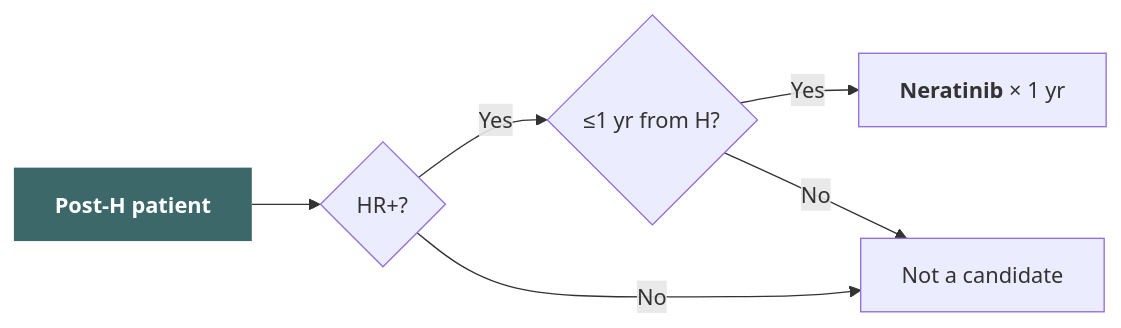
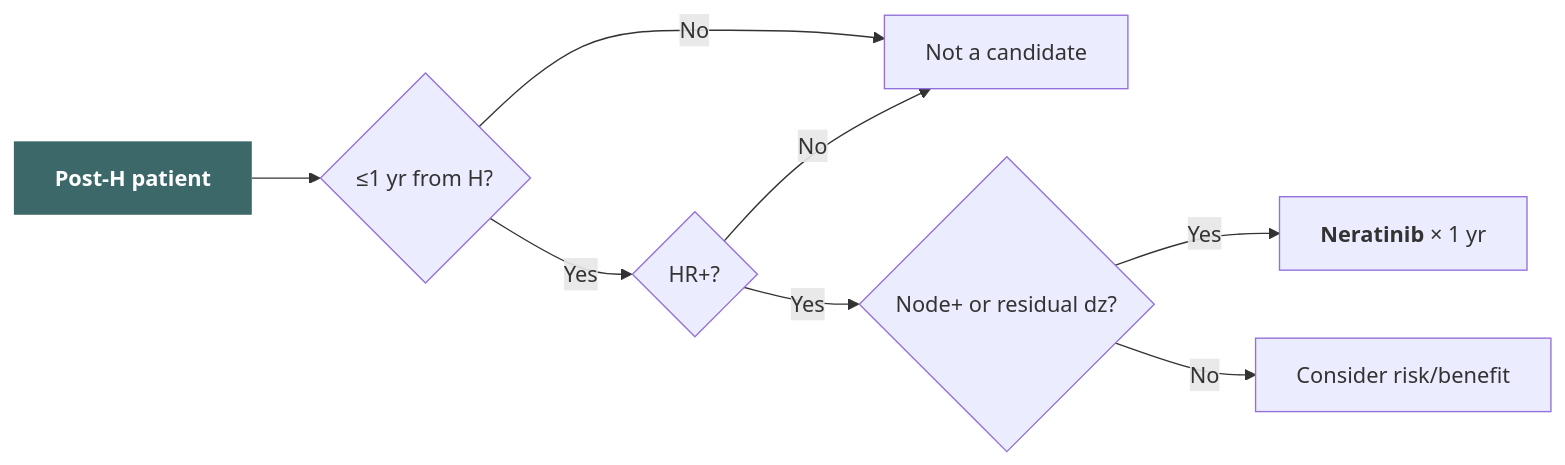
Before and after one commit to htlin222/adj-HER2-pos-breast-cancer: the ninth of 13 diagrams in slides.md, drawn with Mermaid. The commit also changed other lines of this file and 6 other files, not shown here.

````diff
--- a/slides.md
+++ b/slides.md
@@ -858,9 +853,11 @@
 ```mermaid
 graph LR
-    A["<b>Post-H patient</b>"] --> B{"HR+?"}
-    B -->|"Yes"| C{"≤1 yr from H?"}
-    B -->|"No"| D["Not a candidate"]
-    C -->|"Yes"| E["<b>Neratinib</b> × 1 yr"]
-    C -->|"No"| D
+    A["<b>Post-H patient</b>"] --> B{"≤1 yr from H?"}
+    B -->|"No"| F["Not a candidate"]
+    B -->|"Yes"| C{"HR+?"}
+    C -->|"No"| F
+    C -->|"Yes"| D{"Node+ or residual dz?"}
+    D -->|"Yes"| E["<b>Neratinib</b> × 1 yr"]
+    D -->|"No"| G["Consider risk/benefit"]
     style A fill:#3d6869,color:#fff,stroke:none
 ```
````
